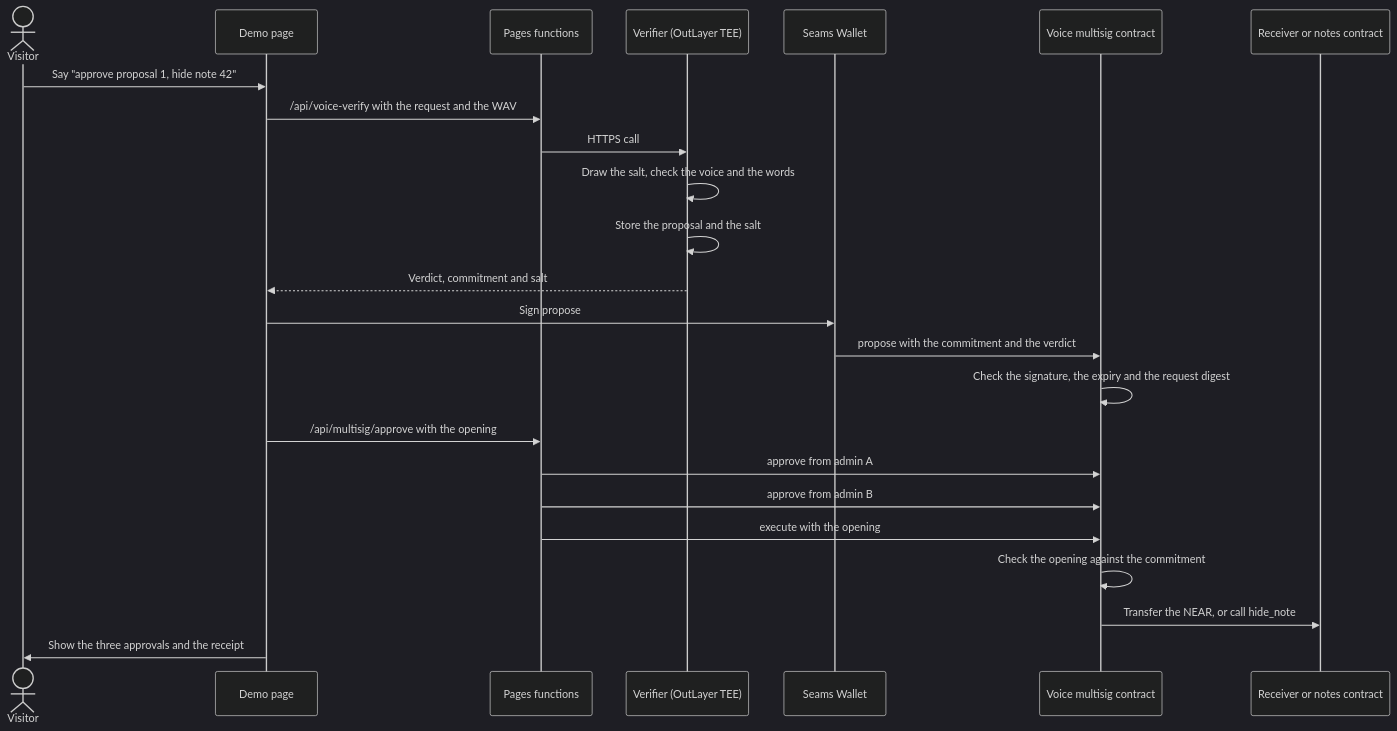
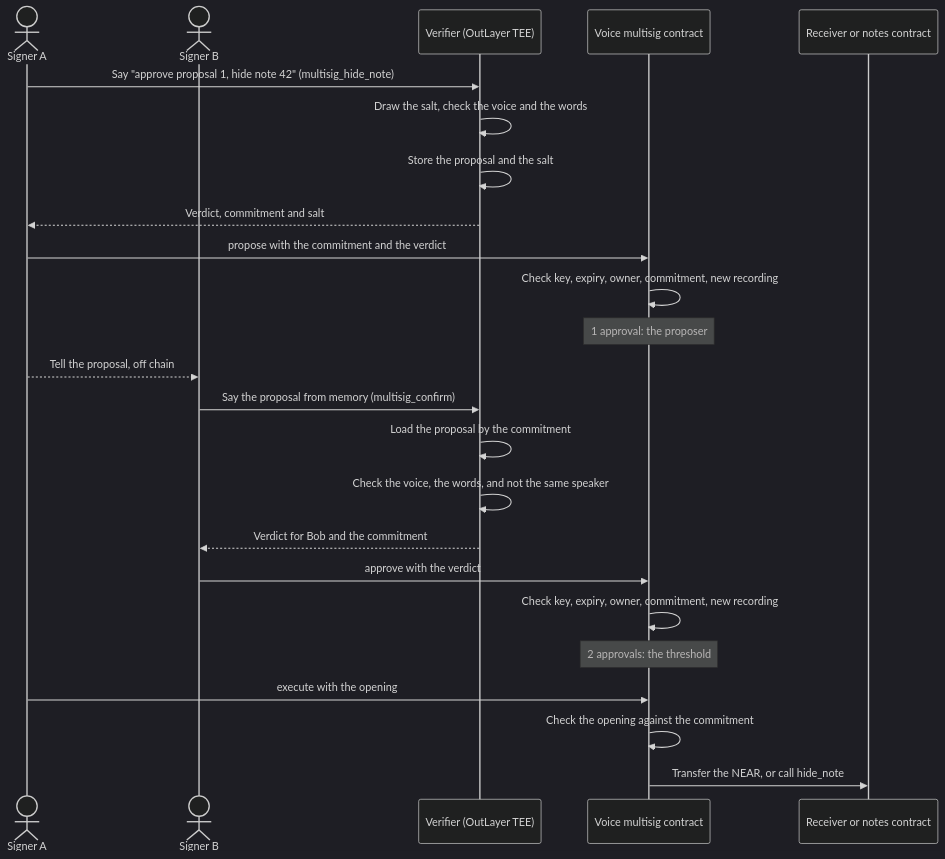
The seventh of 9 diagrams in docs/architecture.md (seams-tech/speak-to-sign), drawn with Mermaid (dark theme) before and after one commit. The commit also changed other lines of this file and 8 other files, not shown here.

Commit message:
Docs: the voice multisig 3.0.0 is voice only (M of N signers, each approval a verdict, one recording counts once); the contract README, spec 10, architecture 7, README and JUDGES say that it is not deployed and that multisig.seams-v1.testnet still runs 2.x with admins

````diff
--- a/docs/architecture.md
+++ b/docs/architecture.md
@@ -228,27 +231,27 @@
 ```mermaid
 sequenceDiagram
-  actor Visitor
-  participant Page as Demo page
-  participant Api as Pages functions
+  actor Alice as Signer A
+  actor Bob as Signer B
   participant Verifier as Verifier (OutLayer TEE)
-  participant Wallet as Seams Wallet
   participant Multisig as Voice multisig contract
   participant Target as Receiver or notes contract
 
-  Visitor->>Page: Say "approve proposal 1, hide note 42"
-  Page->>Api: /api/voice-verify with the request and the WAV
-  Api->>Verifier: HTTPS call
+  Alice->>Verifier: Say "approve proposal 1, hide note 42" (multisig_hide_note)
   Verifier->>Verifier: Draw the salt, check the voice and the words
   Verifier->>Verifier: Store the proposal and the salt
-  Verifier-->>Page: Verdict, commitment and salt
-  Page->>Wallet: Sign propose
-  Wallet->>Multisig: propose with the commitment and the verdict
-  Multisig->>Multisig: Check the signature, the expiry and the request digest
-  Page->>Api: /api/multisig/approve with the opening
-  Api->>Multisig: approve from admin A
-  Api->>Multisig: approve from admin B
-  Api->>Multisig: execute with the opening
+  Verifier-->>Alice: Verdict, commitment and salt
+  Alice->>Multisig: propose with the commitment and the verdict
+  Multisig->>Multisig: Check key, expiry, owner, commitment, new recording
+  Note over Multisig: 1 approval: the proposer
+  Alice-->>Bob: Tell the proposal, off chain
+  Bob->>Verifier: Say the proposal from memory (multisig_confirm)
+  Verifier->>Verifier: Load the proposal by the commitment
+  Verifier->>Verifier: Check the voice, the words, and not the same speaker
+  Verifier-->>Bob: Verdict for Bob and the commitment
+  Bob->>Multisig: approve with the verdict
+  Multisig->>Multisig: Check key, expiry, owner, commitment, new recording
+  Note over Multisig: 2 approvals: the threshold
+  Alice->>Multisig: execute with the opening
   Multisig->>Multisig: Check the opening against the commitment
   Multisig->>Target: Transfer the NEAR, or call hide_note
-  Page->>Visitor: Show the three approvals and the receipt
 ```
````
